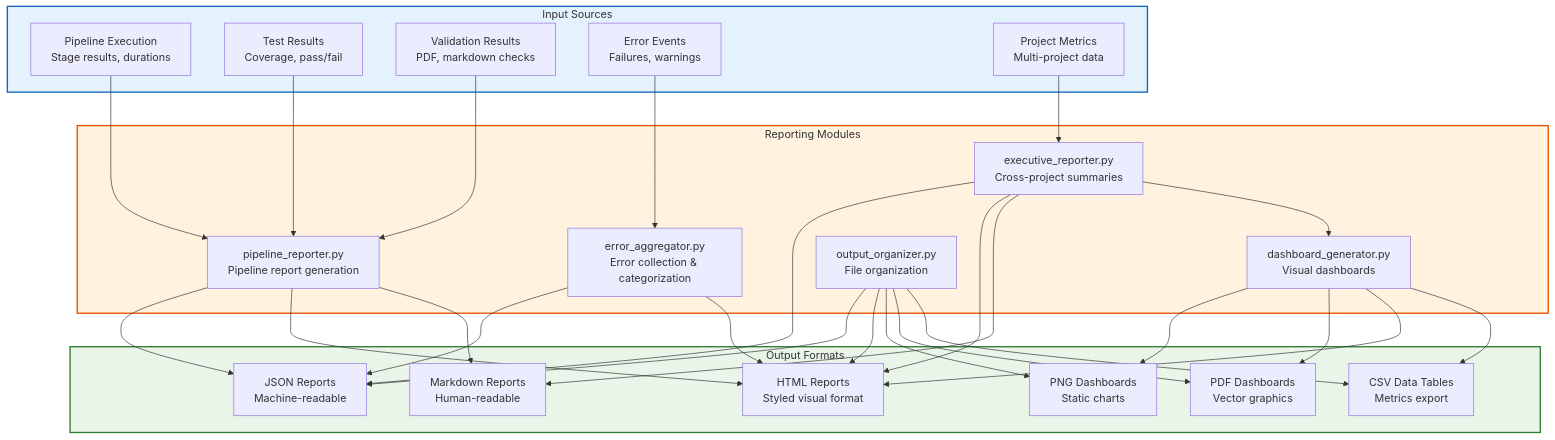
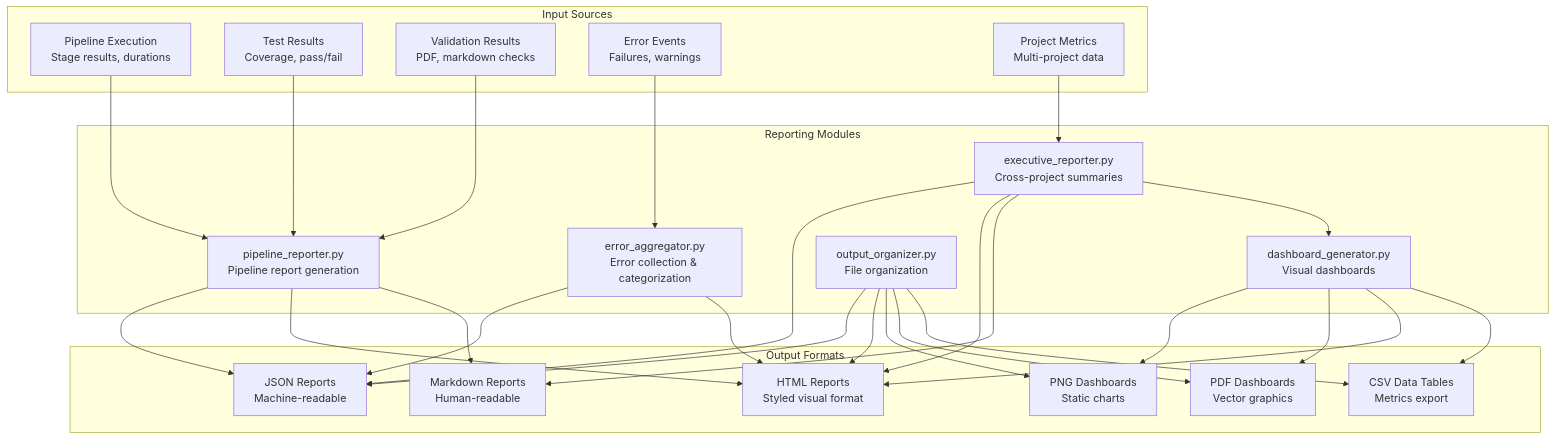
One commit to docxology/template changed the diagram in infrastructure/reporting/README.md. Above: the diagram before and after it, drawn with Mermaid. The commit also changed 243 other files, not shown here.

````diff
--- a/infrastructure/reporting/README.md
+++ b/infrastructure/reporting/README.md
@@ -19,64 +19,60 @@
 ```mermaid
 graph TD
     subgraph InputSources["Input Sources"]
         PIPELINE[Pipeline Execution<br/>Stage results, durations]
         TESTS[Test Results<br/>Coverage, pass/fail]
         VALIDATION[Validation Results<br/>PDF, markdown checks]
         ERRORS[Error Events<br/>Failures, warnings]
         PROJECTS[Project Metrics<br/>Multi-project data]
     end
 
     subgraph ReportingModules["Reporting Modules"]
         PIPELINE_REP[pipeline_reporter.py<br/>Pipeline report generation]
         ERROR_AGG[error_aggregator.py<br/>Error collection & categorization]
         EXEC_REP[executive_reporter.py<br/>Cross-project summaries]
         DASHBOARD[dashboard_generator.py<br/>Visual dashboards]
         OUTPUT_ORG[output_organizer.py<br/>File organization]
     end
 
     subgraph OutputFormats["Output Formats"]
         JSON[JSON Reports<br/>Machine-readable]
         HTML[HTML Reports<br/>Styled visual format]
         MARKDOWN[Markdown Reports<br/>Human-readable]
         PNG[PNG Dashboards<br/>Static charts]
         PDF[PDF Dashboards<br/>Vector graphics]
         CSV[CSV Data Tables<br/>Metrics export]
     end
 
     PIPELINE --> PIPELINE_REP
     TESTS --> PIPELINE_REP
     VALIDATION --> PIPELINE_REP
     ERRORS --> ERROR_AGG
     PROJECTS --> EXEC_REP
 
     PIPELINE_REP --> JSON
     PIPELINE_REP --> HTML
     PIPELINE_REP --> MARKDOWN
 
     ERROR_AGG --> JSON
     ERROR_AGG --> HTML
 
     EXEC_REP --> JSON
     EXEC_REP --> HTML
     EXEC_REP --> MARKDOWN
 
     EXEC_REP --> DASHBOARD
     DASHBOARD --> PNG
     DASHBOARD --> PDF
     DASHBOARD --> HTML
     DASHBOARD --> CSV
 
     OUTPUT_ORG --> JSON
     OUTPUT_ORG --> HTML
     OUTPUT_ORG --> PNG
     OUTPUT_ORG --> PDF
     OUTPUT_ORG --> CSV
 
-    classDef input fill:#e3f2fd,stroke:#1565c0,stroke-width:2px
-    classDef module fill:#fff3e0,stroke:#e65100,stroke-width:2px
-    classDef output fill:#e8f5e8,stroke:#2e7d32,stroke-width:2px
-
     class InputSources input
     class ReportingModules module
     class OutputFormats output
 ```
````
